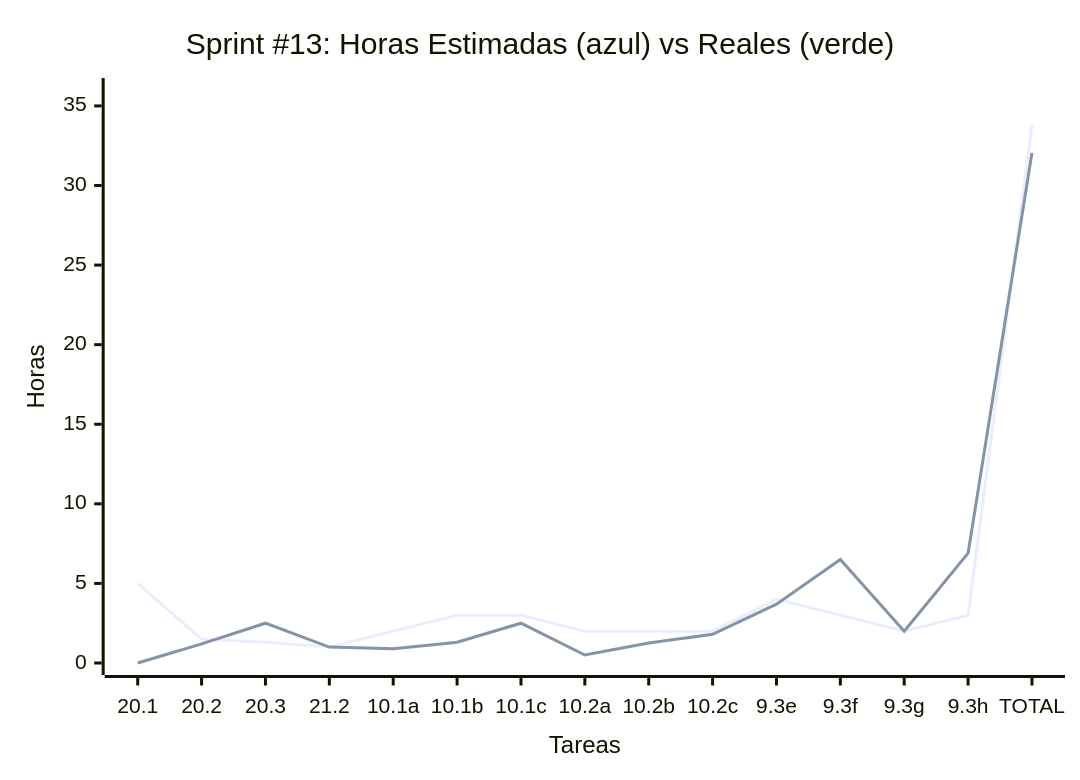
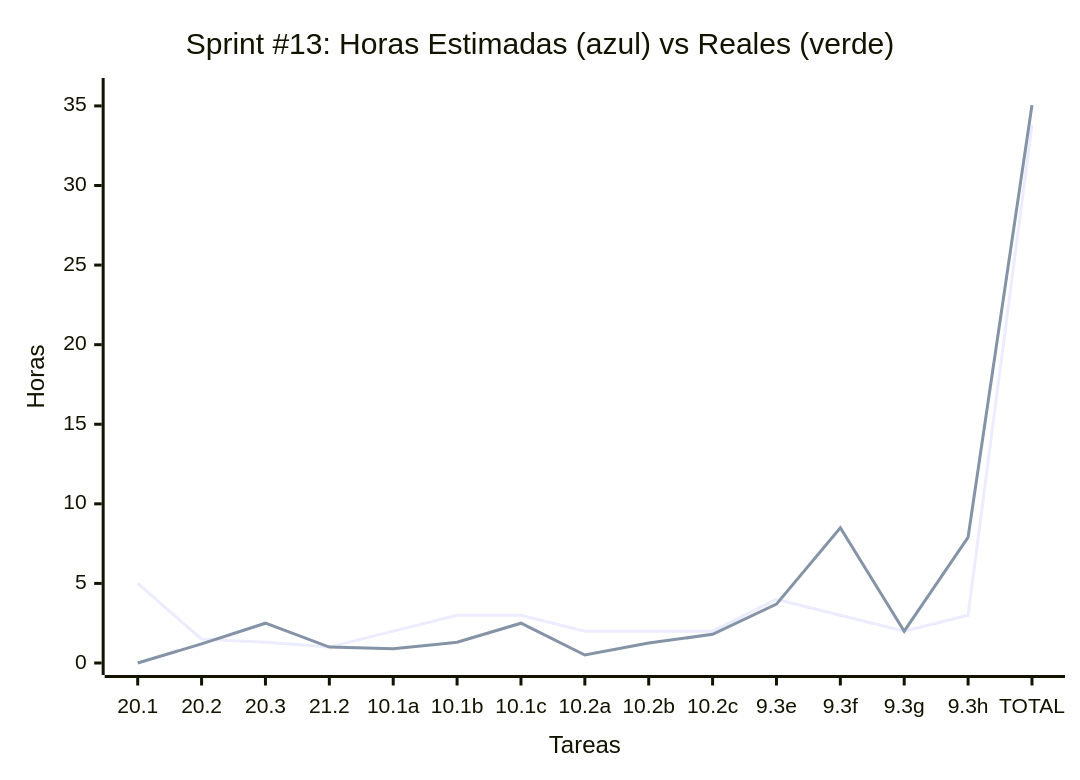
Before and after one commit to MarkMed/FleetMan: diagram 13 of 13 in docs/SprintsPlanning.md, drawn with Mermaid. The commit also changed other lines of this file, not shown here.

````diff
--- a/docs/SprintsPlanning.md
+++ b/docs/SprintsPlanning.md
@@ -738,9 +738,9 @@
 ```mermaid
 xychart-beta
     title "Sprint #13: Horas Estimadas (azul) vs Reales (verde)"
     x-axis "Tareas" ["20.1", "20.2", "20.3", "21.2", "10.1a", "10.1b", "10.1c", "10.2a", "10.2b", "10.2c", "9.3e", "9.3f", "9.3g", "9.3h", "TOTAL"]
     y-axis "Horas" 0 --> 36
     
     line [5, 1.5, 1.3, 1, 2, 3, 3, 2, 2, 2, 4, 3, 2, 3, 33.8]
-    line [0, 1.2, 2.5, 1, 0.9, 1.3, 2.5, 0.5, 1.25, 1.8, 3.7, 6.5, 2, 6.9, 32.05]
+    line [0, 1.2, 2.5, 1, 0.9, 1.3, 2.5, 0.5, 1.25, 1.8, 3.7, 8.5, 2, 7.9, 35.05]
 ```
````
